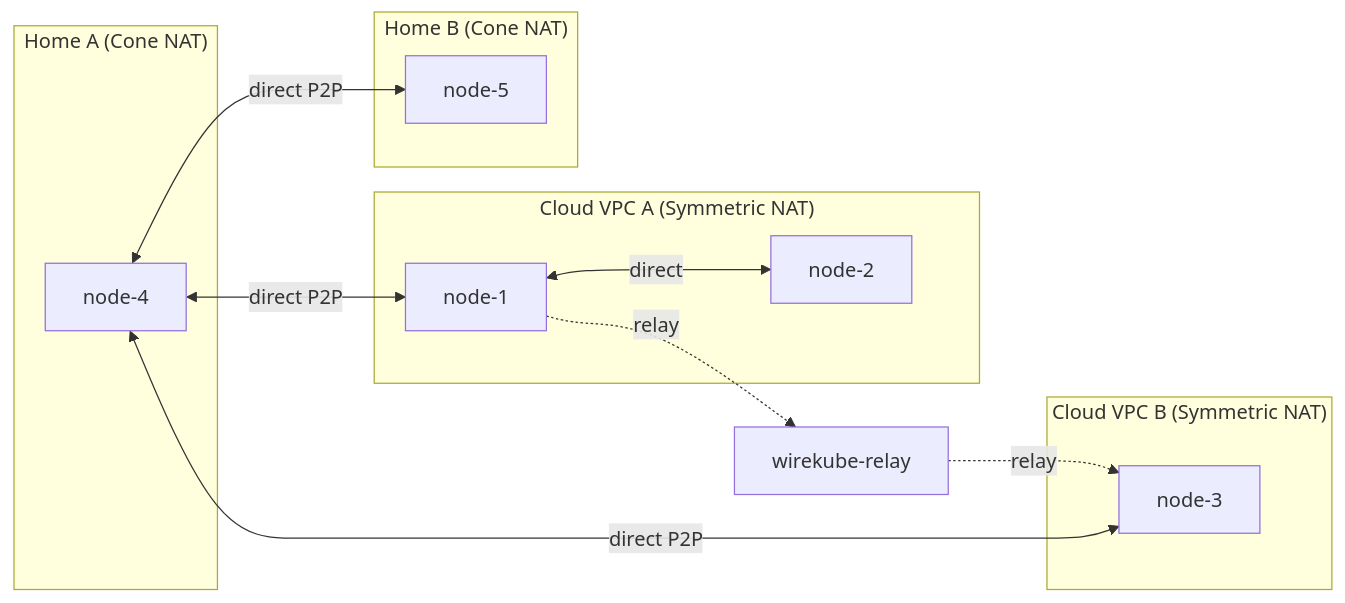
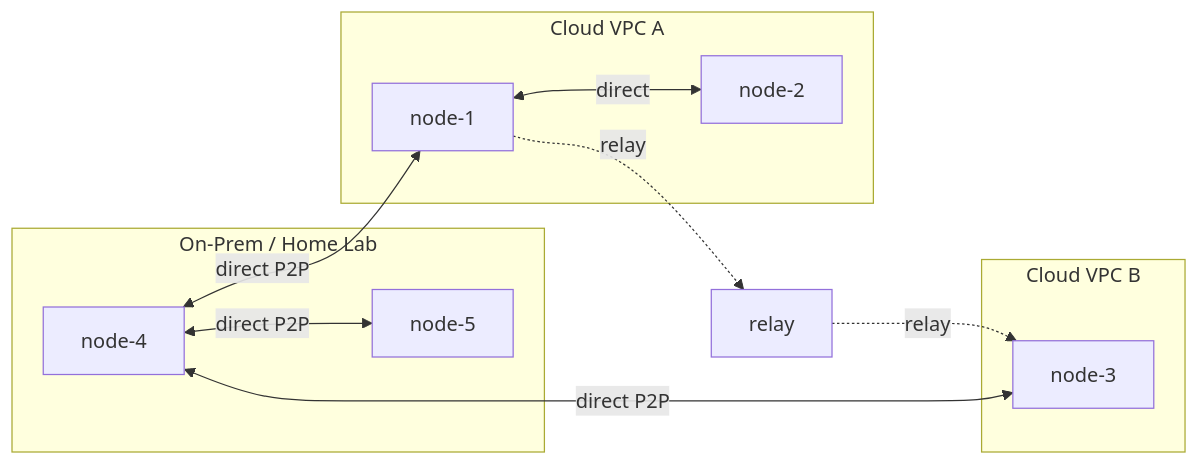
The diagram in README.md (inerplat/wirekube), drawn with Mermaid before and after one commit. The commit also changed other lines of this file and 10 other files, not shown here.

````diff
--- a/README.md
+++ b/README.md
@@ -11,22 +23,20 @@
 ```mermaid
 flowchart LR
-    subgraph VPC-A["Cloud VPC A (Symmetric NAT)"]
+    subgraph VPC-A["Cloud VPC A"]
         N1[node-1]
         N2[node-2]
     end
-    subgraph VPC-B["Cloud VPC B (Symmetric NAT)"]
+    subgraph VPC-B["Cloud VPC B"]
         N3[node-3]
     end
-    subgraph Home-A["Home A (Cone NAT)"]
+    subgraph Home["On-Prem / Home Lab"]
         N4[node-4]
-    end
-    subgraph Home-B["Home B (Cone NAT)"]
         N5[node-5]
     end
-    R[wirekube-relay]
+    R[relay]
     N1 <-->|direct| N2
     N1 -.->|relay| R -.->|relay| N3
     N4 <-->|direct P2P| N1
     N4 <-->|direct P2P| N3
     N4 <-->|direct P2P| N5
 ```
````
